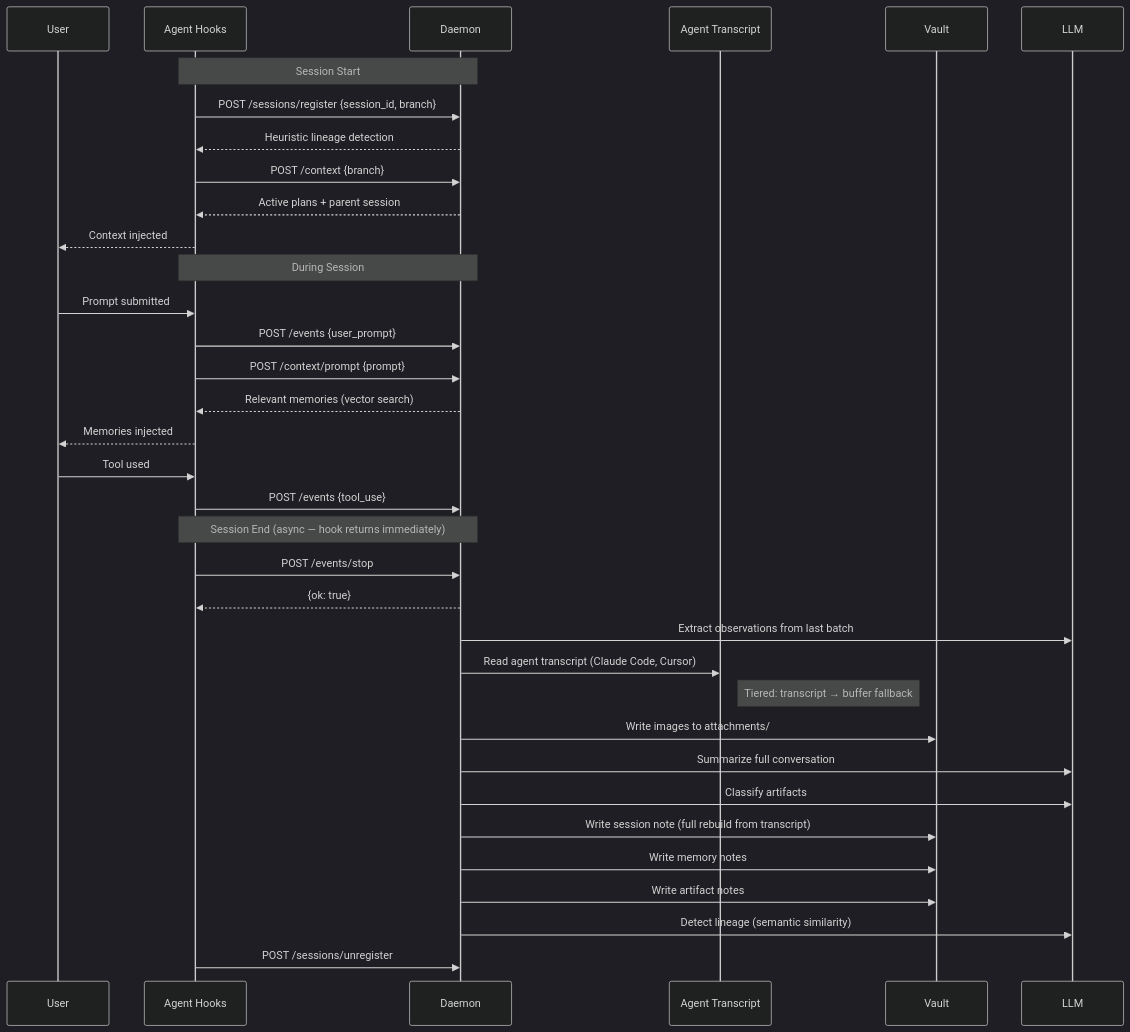
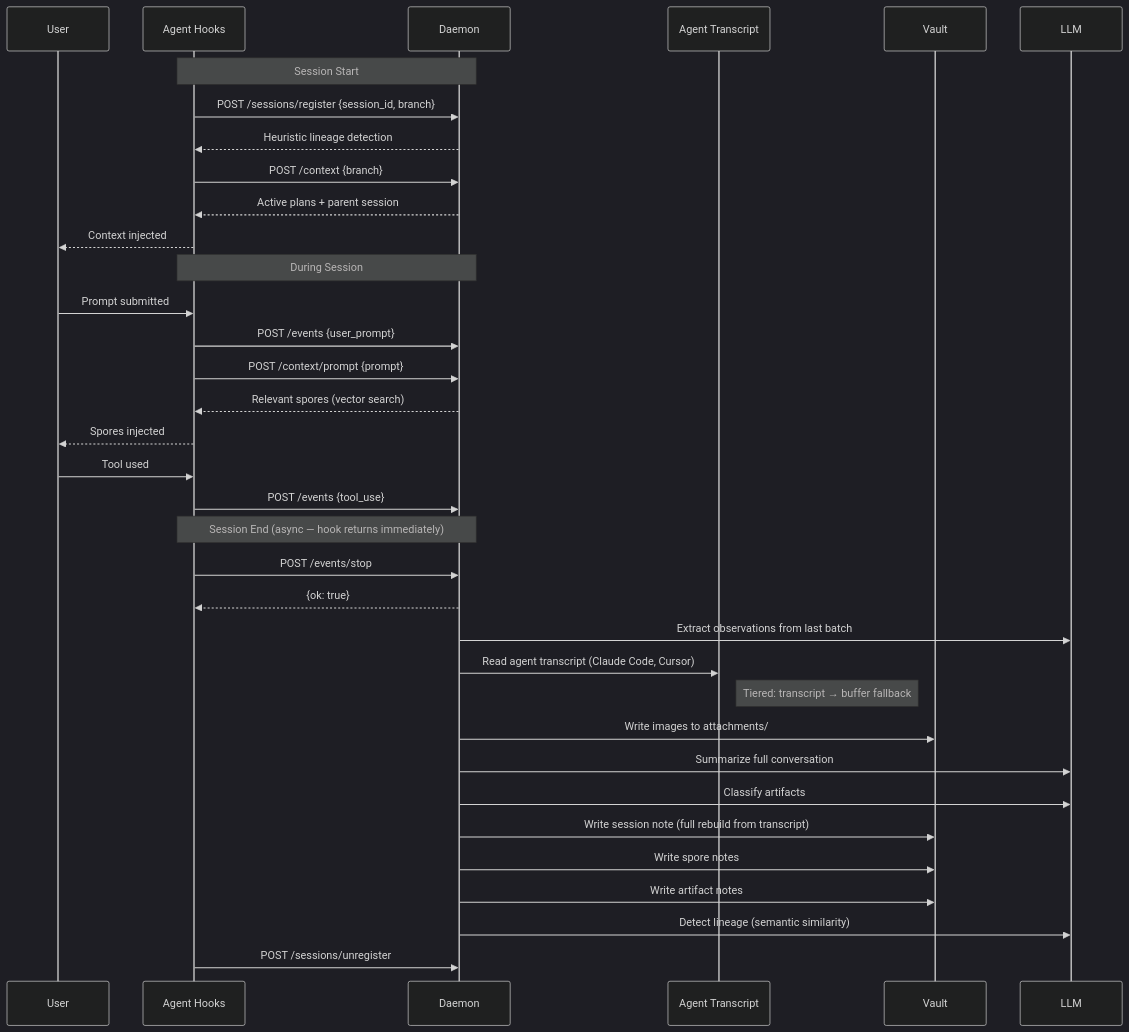
One commit to goondocks-co/myco changed the first of 6 diagrams in docs/lifecycle.md. Above: the diagram before and after it, drawn with Mermaid (dark theme). The commit also changed other lines of this file and 8 other files, not shown here.

First line of the commit message:
docs: replace memory/memories terminology with spore/spores

````diff
--- a/docs/lifecycle.md
+++ b/docs/lifecycle.md
@@ -7,41 +7,41 @@
 ```mermaid
 sequenceDiagram
     participant User
     participant Hook as Agent Hooks
     participant Daemon
     participant Transcript as Agent Transcript
     participant Vault
     participant LLM
 
     Note over Hook,Daemon: Session Start
     Hook->>Daemon: POST /sessions/register {session_id, branch}
     Daemon-->>Hook: Heuristic lineage detection
     Hook->>Daemon: POST /context {branch}
     Daemon-->>Hook: Active plans + parent session
     Hook-->>User: Context injected
 
     Note over Hook,Daemon: During Session
     User->>Hook: Prompt submitted
     Hook->>Daemon: POST /events {user_prompt}
     Hook->>Daemon: POST /context/prompt {prompt}
-    Daemon-->>Hook: Relevant memories (vector search)
-    Hook-->>User: Memories injected
+    Daemon-->>Hook: Relevant spores (vector search)
+    Hook-->>User: Spores injected
 
     User->>Hook: Tool used
     Hook->>Daemon: POST /events {tool_use}
 
     Note over Hook,Daemon: Session End (async — hook returns immediately)
     Hook->>Daemon: POST /events/stop
     Daemon-->>Hook: {ok: true}
     Daemon->>LLM: Extract observations from last batch
     Daemon->>Transcript: Read agent transcript (Claude Code, Cursor)
     Note right of Transcript: Tiered: transcript → buffer fallback
     Daemon->>Vault: Write images to attachments/
     Daemon->>LLM: Summarize full conversation
     Daemon->>LLM: Classify artifacts
     Daemon->>Vault: Write session note (full rebuild from transcript)
-    Daemon->>Vault: Write memory notes
+    Daemon->>Vault: Write spore notes
     Daemon->>Vault: Write artifact notes
     Daemon->>LLM: Detect lineage (semantic similarity)
     Hook->>Daemon: POST /sessions/unregister
 ```
````
